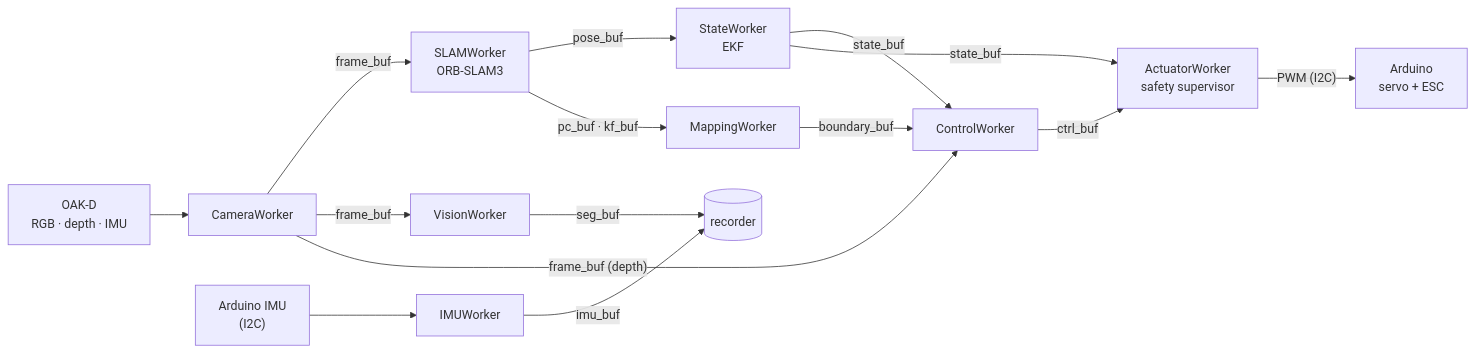
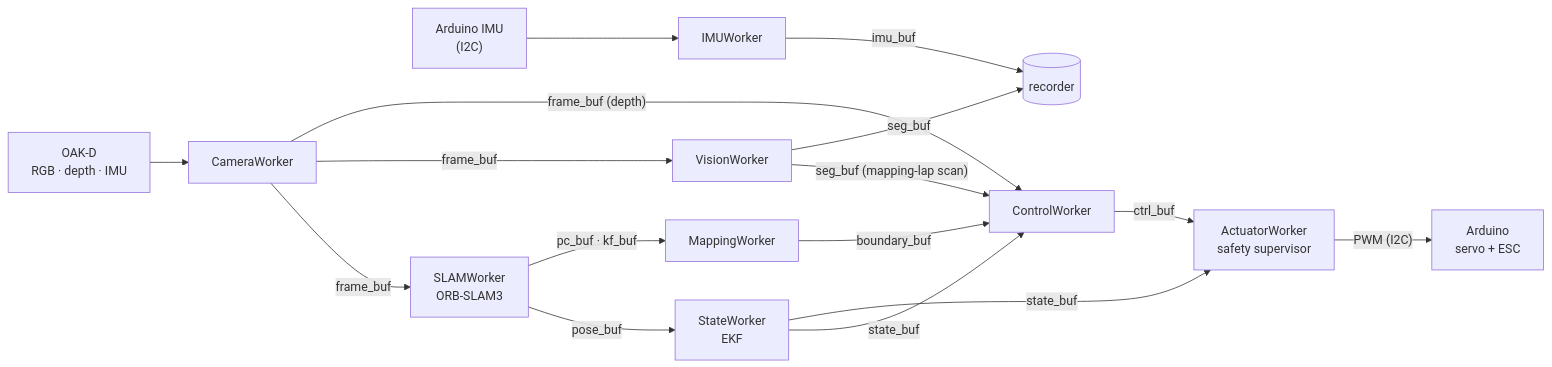
The diagram in README.md (UTASR-UT-Autonomous-Scale-Racing/pilot_core), drawn with Mermaid before and after one commit. The commit also changed other lines of this file and 13 other files, not shown here.

````diff
--- a/README.md
+++ b/README.md
@@ -51,17 +51,18 @@
 ```mermaid
 flowchart LR
     oakd["OAK-D<br/>RGB · depth · IMU"] --> cam[CameraWorker]
     ard["Arduino IMU<br/>(I2C)"] --> imu[IMUWorker]
     cam -- frame_buf --> slam[SLAMWorker<br/>ORB-SLAM3]
     cam -- frame_buf --> vis[VisionWorker]
     cam -- "frame_buf (depth)" --> ctrl
     slam -- pose_buf --> state[StateWorker<br/>EKF]
     slam -- "pc_buf · kf_buf" --> map[MappingWorker]
     map -- boundary_buf --> ctrl[ControlWorker]
     state -- state_buf --> ctrl
     state -- state_buf --> act
     ctrl -- ctrl_buf --> act[ActuatorWorker<br/>safety supervisor]
     act -- "PWM (I2C)" --> servo["Arduino<br/>servo + ESC"]
+    vis -- "seg_buf (mapping-lap scan)" --> ctrl
     vis -- seg_buf --> rec[(recorder)]
     imu -- imu_buf --> rec
 ```
````
